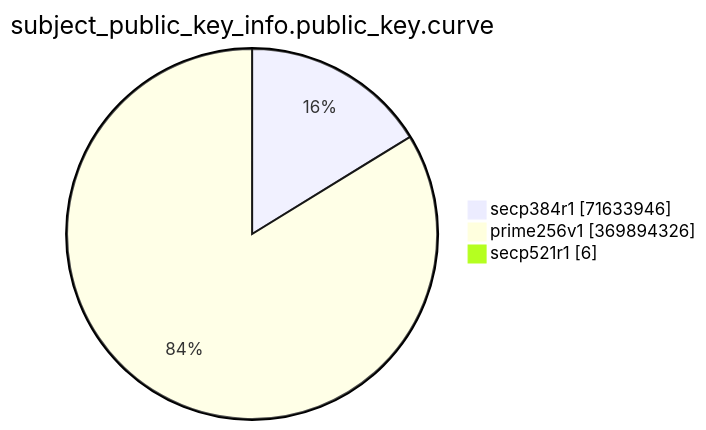
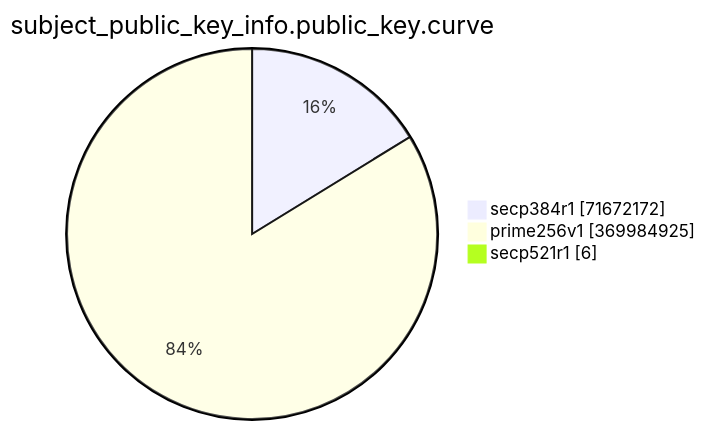
The eighth of 15 diagrams in TOTAL/README.md (christiankrug/ctmonitor_visualization), drawn with Mermaid before and after one commit. The commit also changed other lines of this file, not shown here.

````diff
--- a/TOTAL/README.md
+++ b/TOTAL/README.md
@@ -3092,7 +3092,7 @@
 ```mermaid
 pie showData
 title subject_public_key_info.public_key.curve
-"secp384r1" :71633946
-"prime256v1" :369894326
+"secp384r1" :71672172
+"prime256v1" :369984925
 "secp521r1" :6
 ```
````
